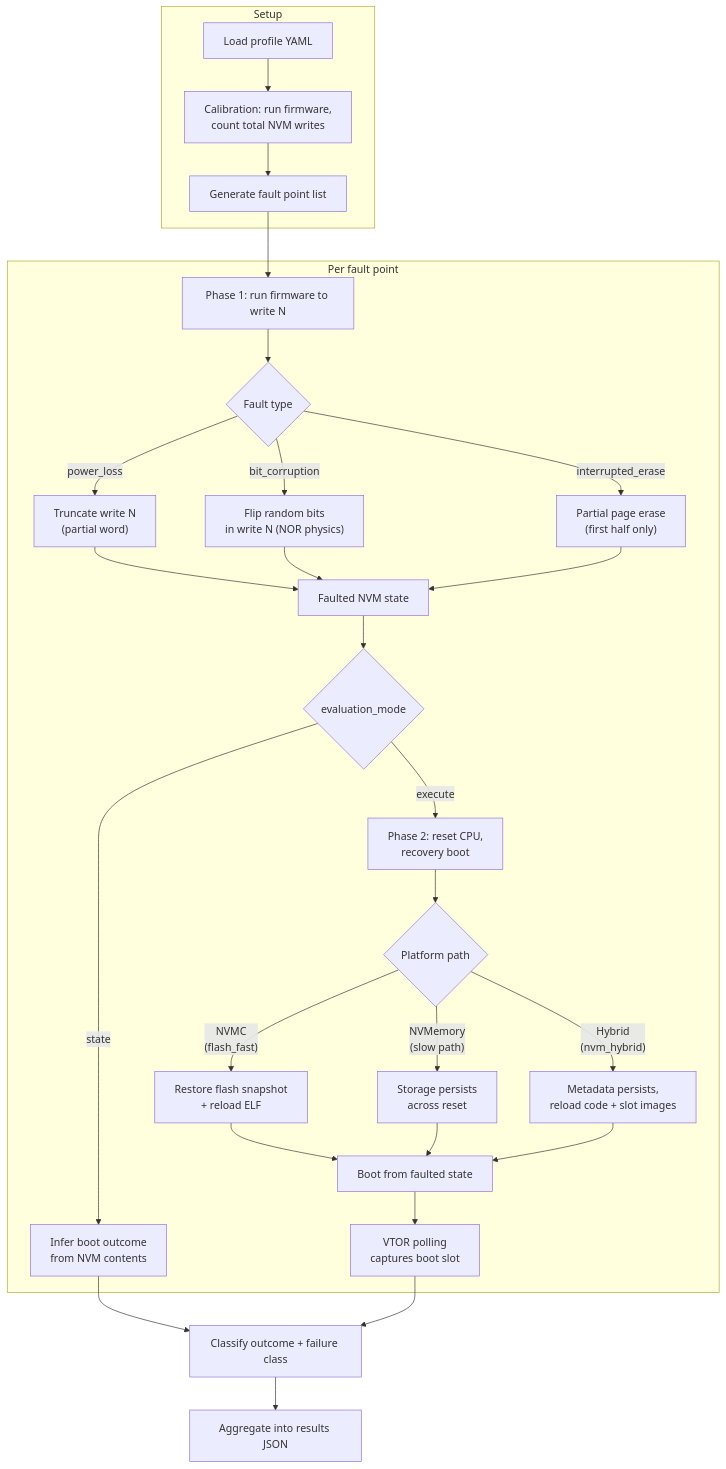
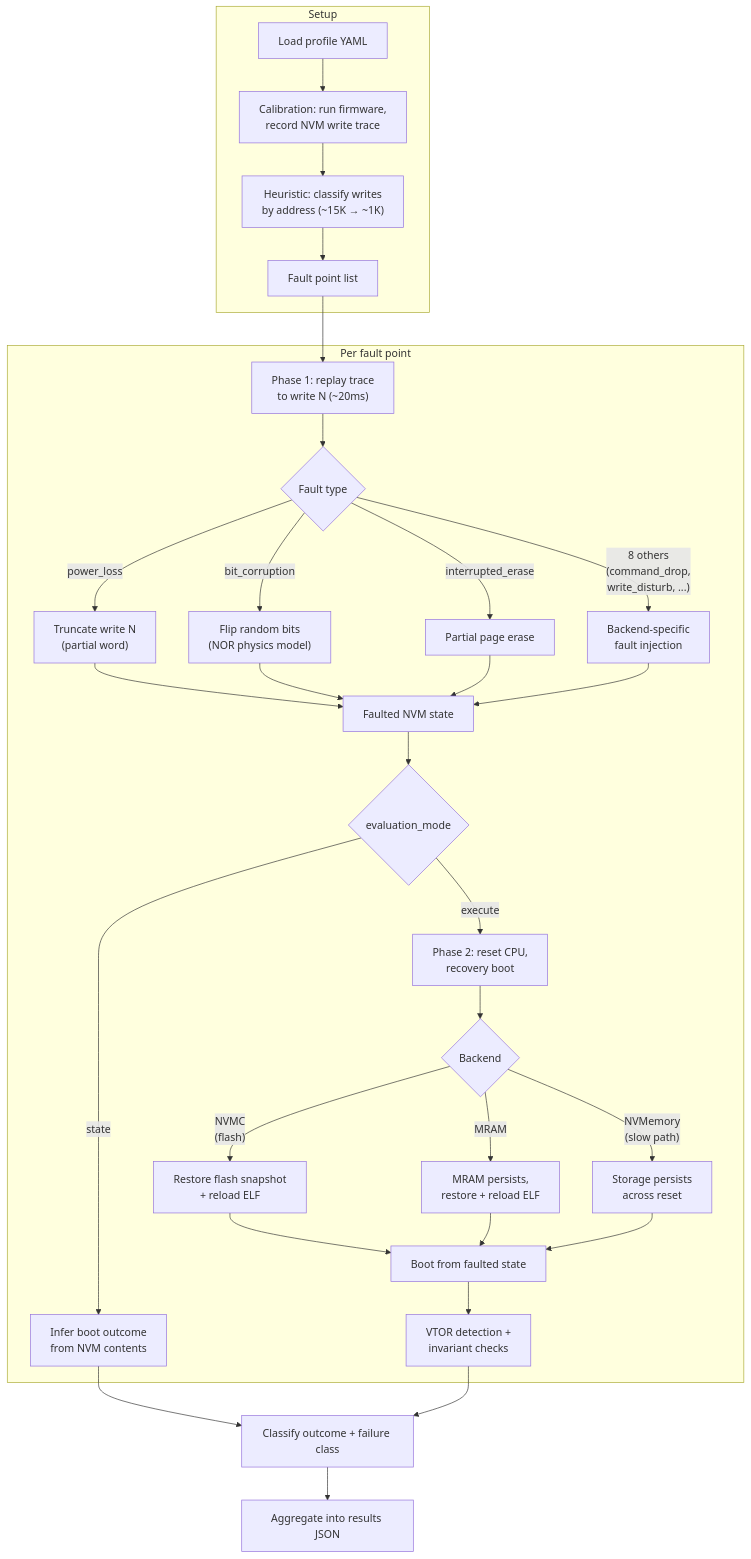
One commit to neilberkman/tardigrade changed the diagram in README.md. Above: the diagram before and after it, drawn with Mermaid.

Commit message:
Fix fault injection diagram: add trace replay, heuristic, MRAM backend
Diagram now reflects actual execution path: trace replay (not re-emulation)
for Phase 1, heuristic pruning step, MRAM as first-class backend, and
8 additional fault types represented.

````diff
--- a/README.md
+++ b/README.md
@@ -88,39 +88,42 @@
 ```mermaid
 flowchart TD
     subgraph setup["Setup"]
-        A["Load profile YAML"] --> B["Calibration: run firmware,<br/>count total NVM writes"]
-        B --> C["Generate fault point list"]
+        A["Load profile YAML"] --> B["Calibration: run firmware,<br/>record NVM write trace"]
+        B --> C["Heuristic: classify writes<br/>by address (~15K → ~1K)"]
+        C --> D["Fault point list"]
     end
 
-    C --> D
+    D --> E
 
     subgraph pf["Per fault point"]
-        D["Phase 1: run firmware to write N"] --> E{"Fault type"}
-        E -->|power_loss| F["Truncate write N<br/>(partial word)"]
-        E -->|bit_corruption| G["Flip random bits<br/>in write N (NOR physics)"]
-        E -->|interrupted_erase| H["Partial page erase<br/>(first half only)"]
+        E["Phase 1: replay trace<br/>to write N (~20ms)"] --> F{"Fault type"}
+        F -->|power_loss| G["Truncate write N<br/>(partial word)"]
+        F -->|bit_corruption| H["Flip random bits<br/>(NOR physics model)"]
+        F -->|interrupted_erase| I["Partial page erase"]
+        F -->|"8 others<br/>(command_drop,<br/>write_disturb, ...)"| J["Backend-specific<br/>fault injection"]
 
-        F --> I["Faulted NVM state"]
-        G --> I
-        H --> I
+        G --> K["Faulted NVM state"]
+        H --> K
+        I --> K
+        J --> K
 
-        I --> J{"evaluation_mode"}
+        K --> L{"evaluation_mode"}
 
-        J -->|state| K["Infer boot outcome<br/>from NVM contents"]
-        J -->|execute| L["Phase 2: reset CPU,<br/>recovery boot"]
+        L -->|state| M["Infer boot outcome<br/>from NVM contents"]
+        L -->|execute| N["Phase 2: reset CPU,<br/>recovery boot"]
 
-        L --> M{"Platform path"}
-        M -->|"NVMC<br/>(flash_fast)"| N["Restore flash snapshot<br/>+ reload ELF"]
-        M -->|"NVMemory<br/>(slow path)"| O["Storage persists<br/>across reset"]
-        M -->|"Hybrid<br/>(nvm_hybrid)"| P["Metadata persists,<br/>reload code + slot images"]
+        N --> O{"Backend"}
+        O -->|"NVMC<br/>(flash)"| P["Restore flash snapshot<br/>+ reload ELF"]
+        O -->|"MRAM"| Q["MRAM persists,<br/>restore + reload ELF"]
+        O -->|"NVMemory<br/>(slow path)"| R["Storage persists<br/>across reset"]
 
-        N --> Q["Boot from faulted state"]
-        O --> Q
-        P --> Q
-        Q --> R["VTOR polling<br/>captures boot slot"]
+        P --> S["Boot from faulted state"]
+        Q --> S
+        R --> S
+        S --> T["VTOR detection +<br/>invariant checks"]
     end
 
-    K --> S
-    R --> S
-    S["Classify outcome + failure class"] --> T["Aggregate into results JSON"]
+    M --> U
+    T --> U
+    U["Classify outcome + failure class"] --> V["Aggregate into results JSON"]
 ```
````
